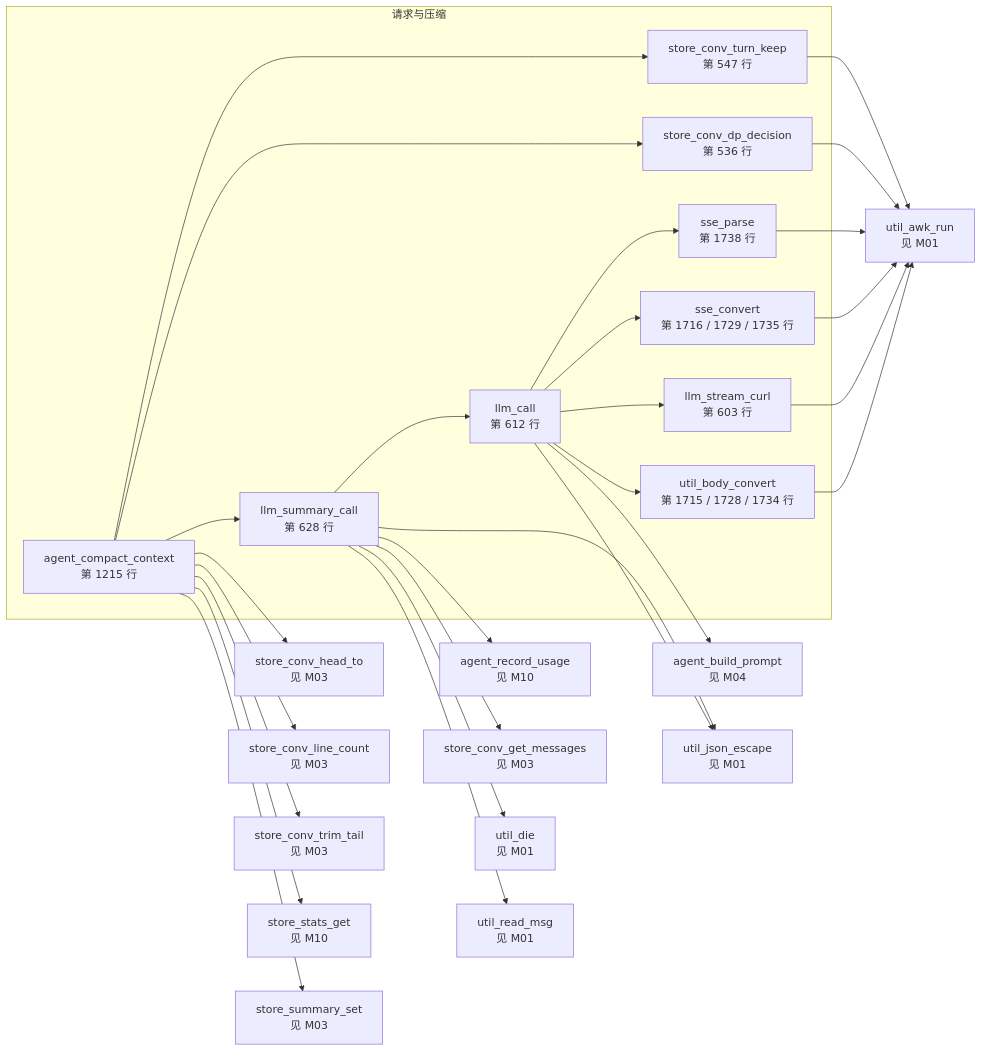
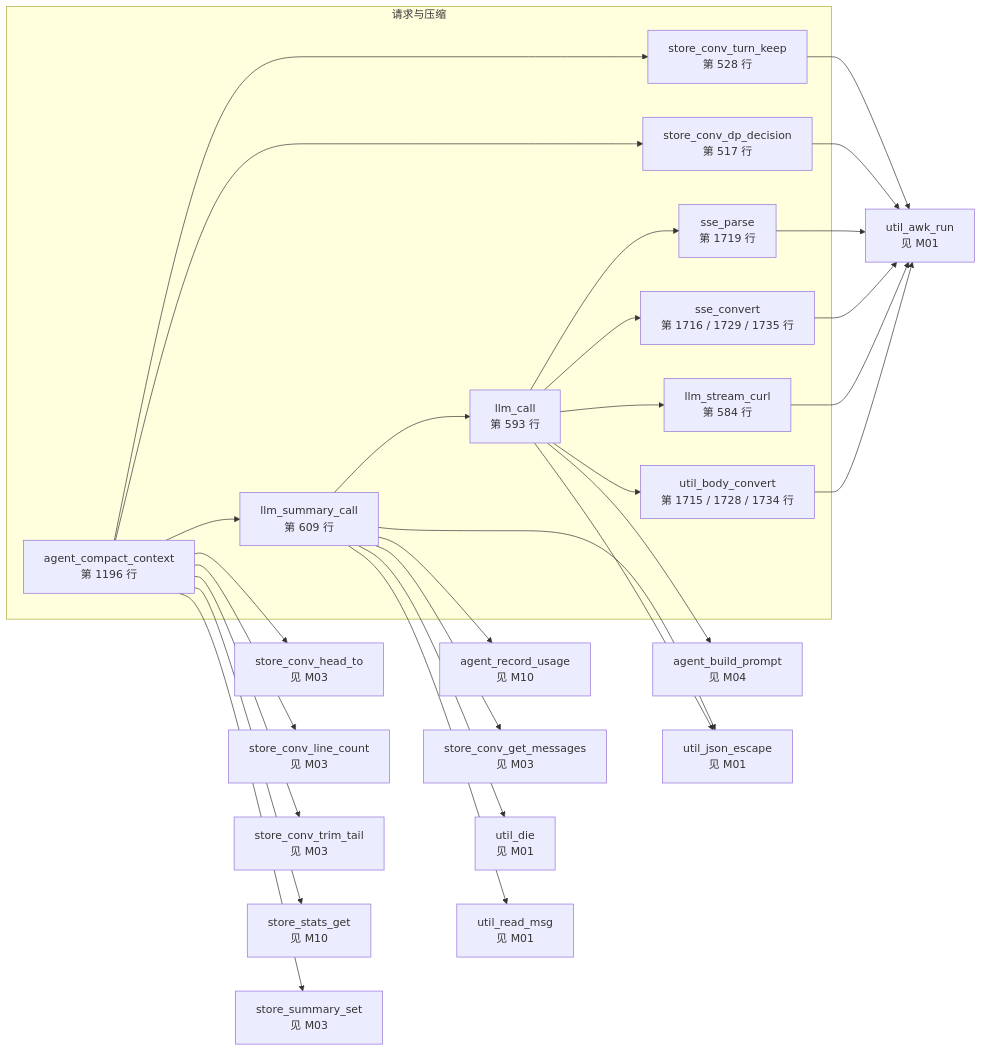
One commit to lloydzhou/bash-agent changed the eighth of 15 diagrams in docs/bash-data-flow.md. Above: the diagram before and after it, drawn with Mermaid. The commit also changed other lines of this file and 3 other files, not shown here.

````diff
--- a/docs/bash-data-flow.md
+++ b/docs/bash-data-flow.md
@@ -281,52 +278,52 @@
 ```mermaid
 flowchart LR
   subgraph mod_6["请求与压缩"]
-    f_llm_call["llm_call<br/>第 612 行"]
+    f_llm_call["llm_call<br/>第 593 行"]
     f_util_body_convert["util_body_convert<br/>第 1715 / 1728 / 1734 行"]
-    f_llm_stream_curl["llm_stream_curl<br/>第 603 行"]
+    f_llm_stream_curl["llm_stream_curl<br/>第 584 行"]
     f_sse_convert["sse_convert<br/>第 1716 / 1729 / 1735 行"]
-    f_sse_parse["sse_parse<br/>第 1738 行"]
-    f_llm_summary_call["llm_summary_call<br/>第 628 行"]
-    f_agent_compact_context["agent_compact_context<br/>第 1215 行"]
-    f_store_conv_dp_decision["store_conv_dp_decision<br/>第 536 行"]
-    f_store_conv_turn_keep["store_conv_turn_keep<br/>第 547 行"]
+    f_sse_parse["sse_parse<br/>第 1719 行"]
+    f_llm_summary_call["llm_summary_call<br/>第 609 行"]
+    f_agent_compact_context["agent_compact_context<br/>第 1196 行"]
+    f_store_conv_dp_decision["store_conv_dp_decision<br/>第 517 行"]
+    f_store_conv_turn_keep["store_conv_turn_keep<br/>第 528 行"]
   end
   f_agent_build_prompt["agent_build_prompt<br/>见 M04"]
   f_agent_record_usage["agent_record_usage<br/>见 M10"]
   f_store_conv_get_messages["store_conv_get_messages<br/>见 M03"]
   f_store_conv_head_to["store_conv_head_to<br/>见 M03"]
   f_store_conv_line_count["store_conv_line_count<br/>见 M03"]
   f_store_conv_trim_tail["store_conv_trim_tail<br/>见 M03"]
   f_store_stats_get["store_stats_get<br/>见 M10"]
   f_store_summary_set["store_summary_set<br/>见 M03"]
   f_util_awk_run["util_awk_run<br/>见 M01"]
   f_util_die["util_die<br/>见 M01"]
   f_util_json_escape["util_json_escape<br/>见 M01"]
   f_util_read_msg["util_read_msg<br/>见 M01"]
   f_llm_call --> f_agent_build_prompt
   f_llm_call --> f_util_json_escape
   f_llm_call --> f_util_body_convert
   f_llm_call --> f_llm_stream_curl
   f_llm_call --> f_sse_convert
   f_llm_call --> f_sse_parse
   f_util_body_convert --> f_util_awk_run
   f_llm_stream_curl --> f_util_awk_run
   f_sse_convert --> f_util_awk_run
   f_sse_parse --> f_util_awk_run
   f_llm_summary_call --> f_store_conv_get_messages
   f_llm_summary_call --> f_util_json_escape
   f_llm_summary_call --> f_util_read_msg
   f_llm_summary_call --> f_llm_call
   f_llm_summary_call --> f_agent_record_usage
   f_llm_summary_call --> f_util_die
   f_agent_compact_context --> f_store_conv_dp_decision
   f_agent_compact_context --> f_store_stats_get
   f_agent_compact_context --> f_store_conv_line_count
   f_agent_compact_context --> f_store_conv_turn_keep
   f_agent_compact_context --> f_store_conv_head_to
   f_agent_compact_context --> f_llm_summary_call
   f_agent_compact_context --> f_store_summary_set
   f_agent_compact_context --> f_store_conv_trim_tail
   f_store_conv_dp_decision --> f_util_awk_run
   f_store_conv_turn_keep --> f_util_awk_run
 ```
````
